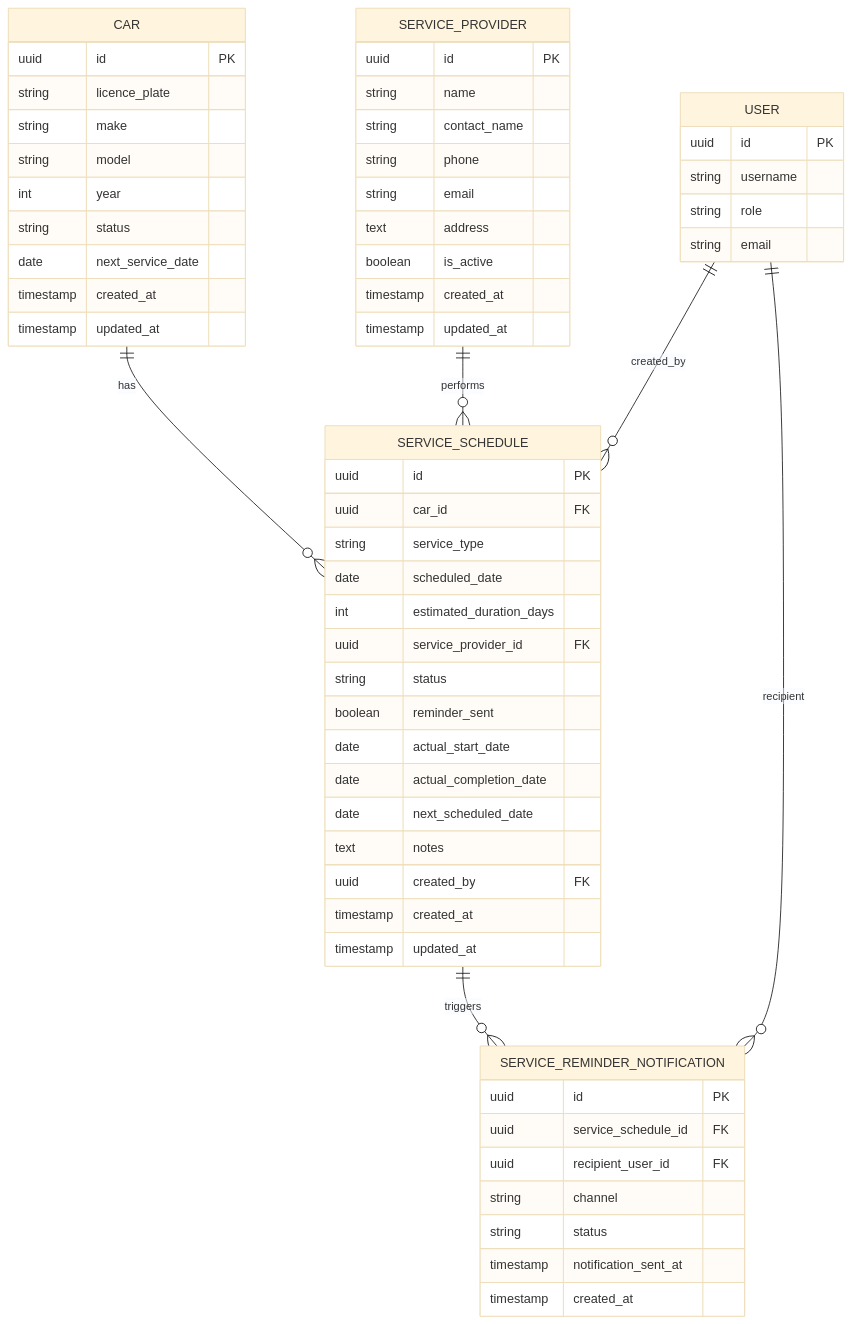
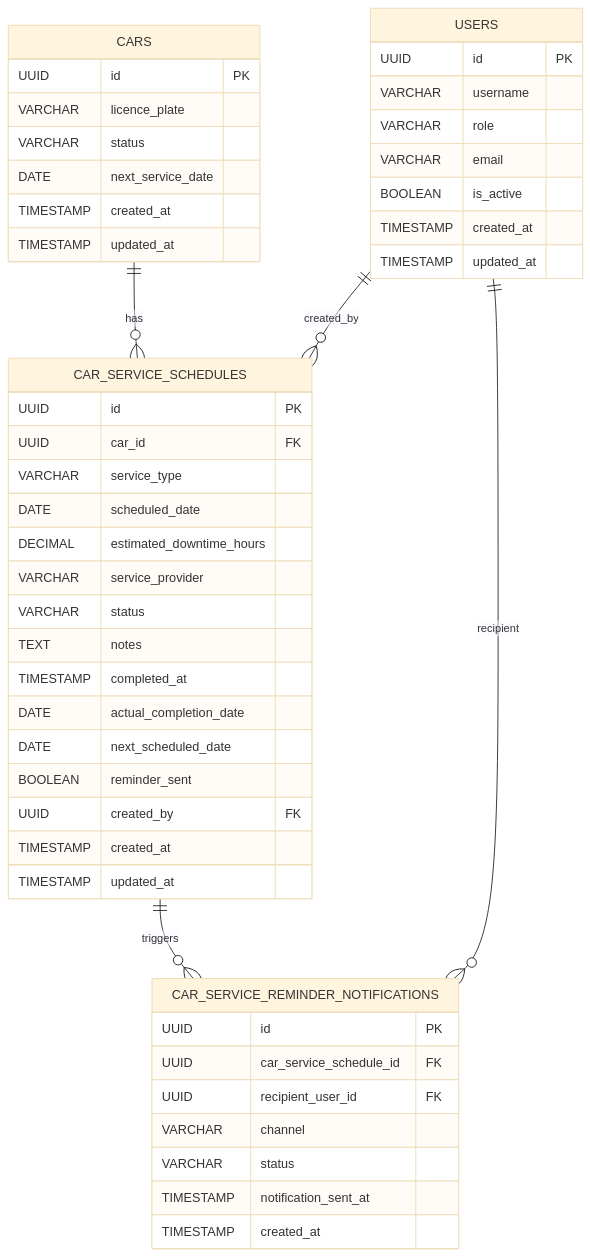
The diagram in docs/trd/database-design-car-management-service-maintenance.md (RavishankarDuMCA10/ai-sdlc), drawn with Mermaid (base theme) before and after one commit. The commit also changed other lines of this file and 1 other file, not shown here.

Commit message:
Align database design and TRD with consolidated car management schema

````diff
--- a/docs/trd/database-design-car-management-service-maintenance.md
+++ b/docs/trd/database-design-car-management-service-maintenance.md
@@ -5,67 +17,54 @@
 ```mermaid
 erDiagram
-    CAR {
-        uuid id PK
-        string licence_plate
-        string make
-        string model
-        int year
-        string status
-        date next_service_date
-        timestamp created_at
-        timestamp updated_at
+    CARS {
+        UUID          id                  PK
+        VARCHAR       licence_plate
+        VARCHAR       status
+        DATE          next_service_date
+        TIMESTAMP     created_at
+        TIMESTAMP     updated_at
     }
 
-    SERVICE_SCHEDULE {
-        uuid id PK
-        uuid car_id FK
-        string service_type
-        date scheduled_date
-        int estimated_duration_days
-        uuid service_provider_id FK
-        string status
-        boolean reminder_sent
-        date actual_start_date
-        date actual_completion_date
-        date next_scheduled_date
-        text notes
-        uuid created_by FK
-        timestamp created_at
-        timestamp updated_at
+    CAR_SERVICE_SCHEDULES {
+        UUID        id                           PK
+        UUID        car_id                       FK
+        VARCHAR     service_type
+        DATE        scheduled_date
+        DECIMAL     estimated_downtime_hours
+        VARCHAR     service_provider
+        VARCHAR     status
+        TEXT        notes
+        TIMESTAMP   completed_at
+        DATE        actual_completion_date
+        DATE        next_scheduled_date
+        BOOLEAN     reminder_sent
+        UUID        created_by                   FK
+        TIMESTAMP   created_at
+        TIMESTAMP   updated_at
     }
 
-    SERVICE_PROVIDER {
-        uuid id PK
-        string name
-        string contact_name
-        string phone
-        string email
-        text address
-        boolean is_active
-        timestamp created_at
-        timestamp updated_at
+    USERS {
+        UUID        id            PK
+        VARCHAR     username
+        VARCHAR     role
+        VARCHAR     email
+        BOOLEAN     is_active
+        TIMESTAMP   created_at
+        TIMESTAMP   updated_at
     }
 
-    SERVICE_REMINDER_NOTIFICATION {
-        uuid id PK
-        uuid service_schedule_id FK
-        uuid recipient_user_id FK
-        string channel
-        string status
-        timestamp notification_sent_at
-        timestamp created_at
+    CAR_SERVICE_REMINDER_NOTIFICATIONS {
+        UUID        id                      PK
+        UUID        car_service_schedule_id FK
+        UUID        recipient_user_id       FK
+        VARCHAR     channel
+        VARCHAR     status
+        TIMESTAMP   notification_sent_at
+        TIMESTAMP   created_at
     }
 
-    USER {
-        uuid id PK
-        string username
-        string role
-        string email
-    }
-
-    CAR ||--o{ SERVICE_SCHEDULE : "has"
-    SERVICE_PROVIDER ||--o{ SERVICE_SCHEDULE : "performs"
-    USER ||--o{ SERVICE_SCHEDULE : "created_by"
-    SERVICE_SCHEDULE ||--o{ SERVICE_REMINDER_NOTIFICATION : "triggers"
-    USER ||--o{ SERVICE_REMINDER_NOTIFICATION : "recipient"
+    CARS                              ||--o{ CAR_SERVICE_SCHEDULES               : "has"
+    USERS                             ||--o{ CAR_SERVICE_SCHEDULES               : "created_by"
+    CAR_SERVICE_SCHEDULES             ||--o{ CAR_SERVICE_REMINDER_NOTIFICATIONS  : "triggers"
+    USERS                             ||--o{ CAR_SERVICE_REMINDER_NOTIFICATIONS  : "recipient"
 ```
````
